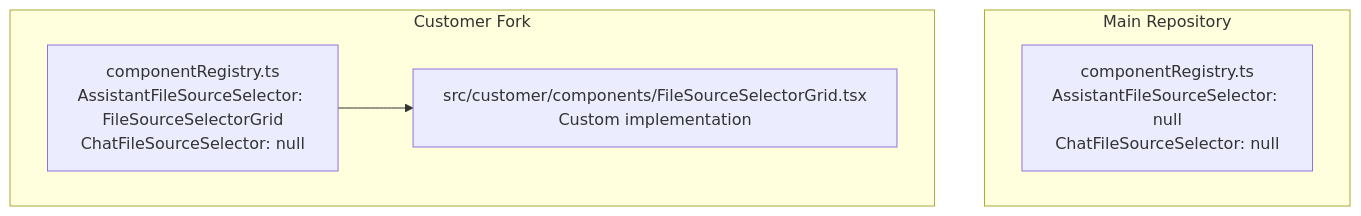
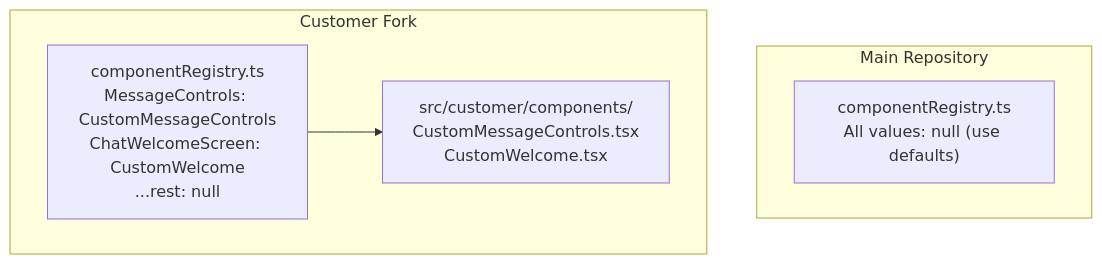
One commit to EratoLab/erato changed the diagram in site/content/docs/features/component_customization.mdx. Above: the diagram before and after it, drawn with Mermaid. The commit also changed other lines of this file and 6 other files, not shown here.

````diff
--- a/site/content/docs/features/component_customization.mdx
+++ b/site/content/docs/features/component_customization.mdx
@@ -16,13 +16,13 @@
 ```mermaid
 flowchart TB
   subgraph MainRepo[Main Repository]
-    MainRegistry[componentRegistry.ts<br/>AssistantFileSourceSelector: null<br/>ChatFileSourceSelector: null]
+    MainRegistry["componentRegistry.ts<br/>All values: null (use defaults)"]
   end
 
   subgraph CustomerFork[Customer Fork]
-    ForkRegistry[componentRegistry.ts<br/>AssistantFileSourceSelector: FileSourceSelectorGrid<br/>ChatFileSourceSelector: null]
-    CustomComponent["src/customer/components/FileSourceSelectorGrid.tsx<br/>Custom implementation"]
+    ForkRegistry["componentRegistry.ts<br/>MessageControls: CustomMessageControls<br/>ChatWelcomeScreen: CustomWelcome<br/>...rest: null"]
+    CustomComponents["src/customer/components/<br/>CustomMessageControls.tsx<br/>CustomWelcome.tsx"]
   end
 
-  ForkRegistry --> CustomComponent
+  ForkRegistry --> CustomComponents
 ```
````
